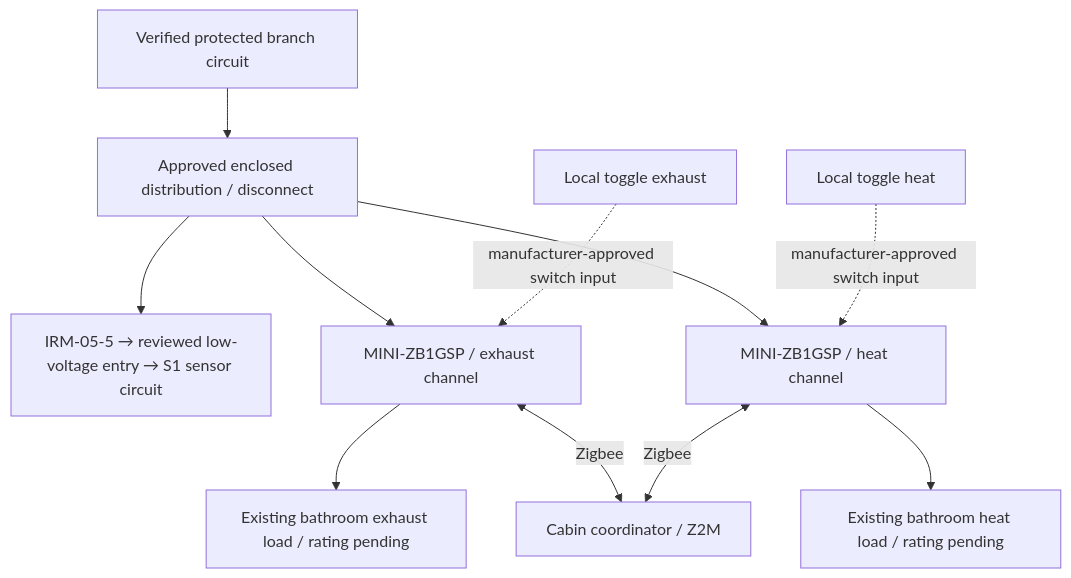
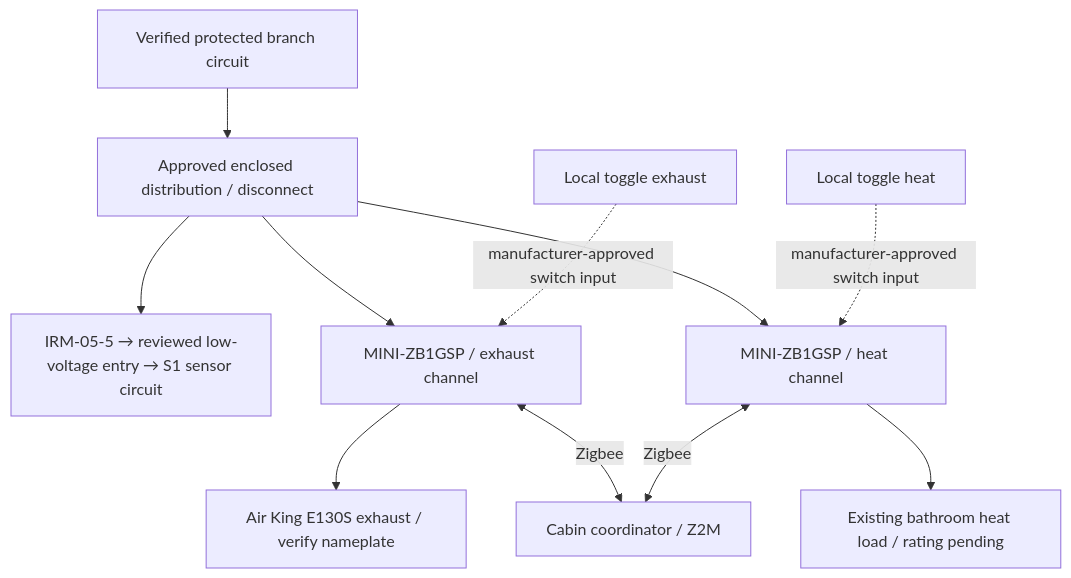
One commit to ImpressiveLLC/FaceoftheCabin changed the third of 7 diagrams in docs/hardware/doc27-schematics.md. Above: the diagram before and after it, drawn with Mermaid. The commit also changed other lines of this file and 6 other files, not shown here.

````diff
--- a/docs/hardware/doc27-schematics.md
+++ b/docs/hardware/doc27-schematics.md
@@ -69,13 +69,13 @@
 ```mermaid
 flowchart TB
   MAINS[Verified protected branch circuit] --> DIST[Approved enclosed distribution / disconnect]
   DIST --> PSU[IRM-05-5 → reviewed low-voltage entry → S1 sensor circuit]
   DIST --> R1[MINI-ZB1GSP / exhaust channel]
   DIST --> R2[MINI-ZB1GSP / heat channel]
-  R1 --> EX[Existing bathroom exhaust load / rating pending]
+  R1 --> EX[Air King E130S exhaust / verify nameplate]
   R2 --> HE[Existing bathroom heat load / rating pending]
   SW1[Local toggle exhaust] -. manufacturer-approved switch input .-> R1
   SW2[Local toggle heat] -. manufacturer-approved switch input .-> R2
   R1 <-->|Zigbee| Z[Cabin coordinator / Z2M]
   R2 <-->|Zigbee| Z
 ```
````
